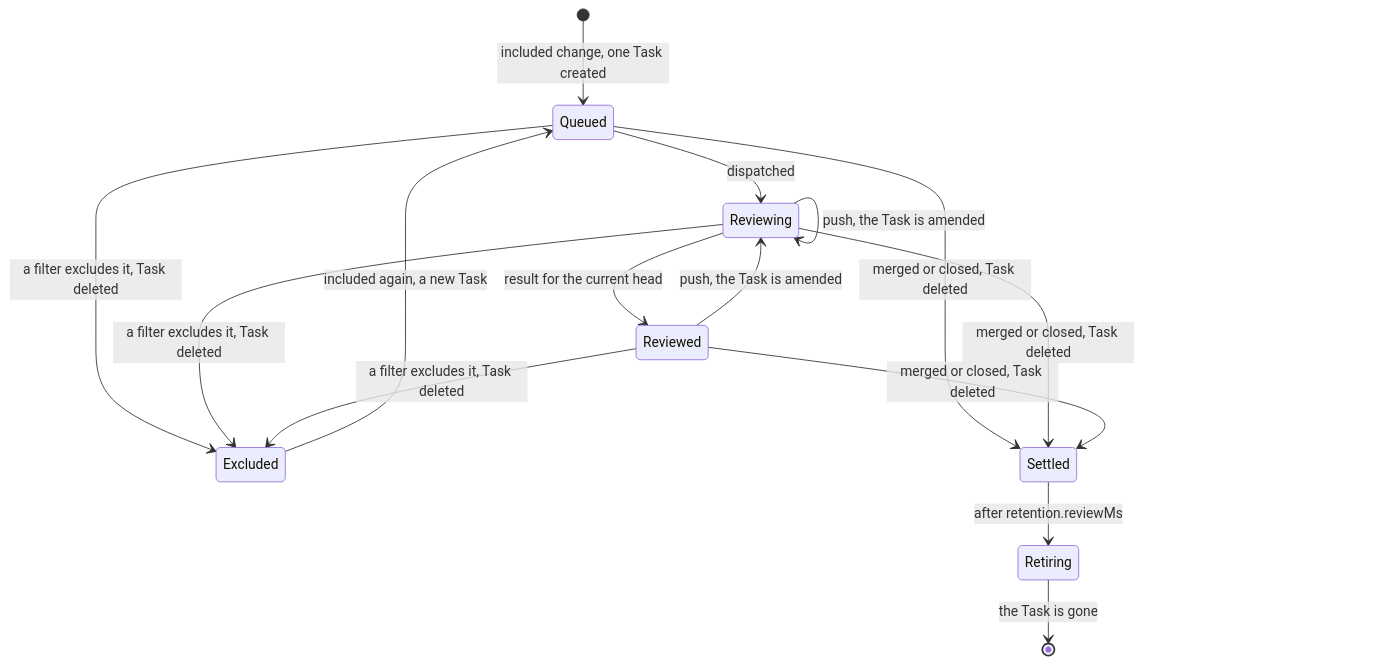
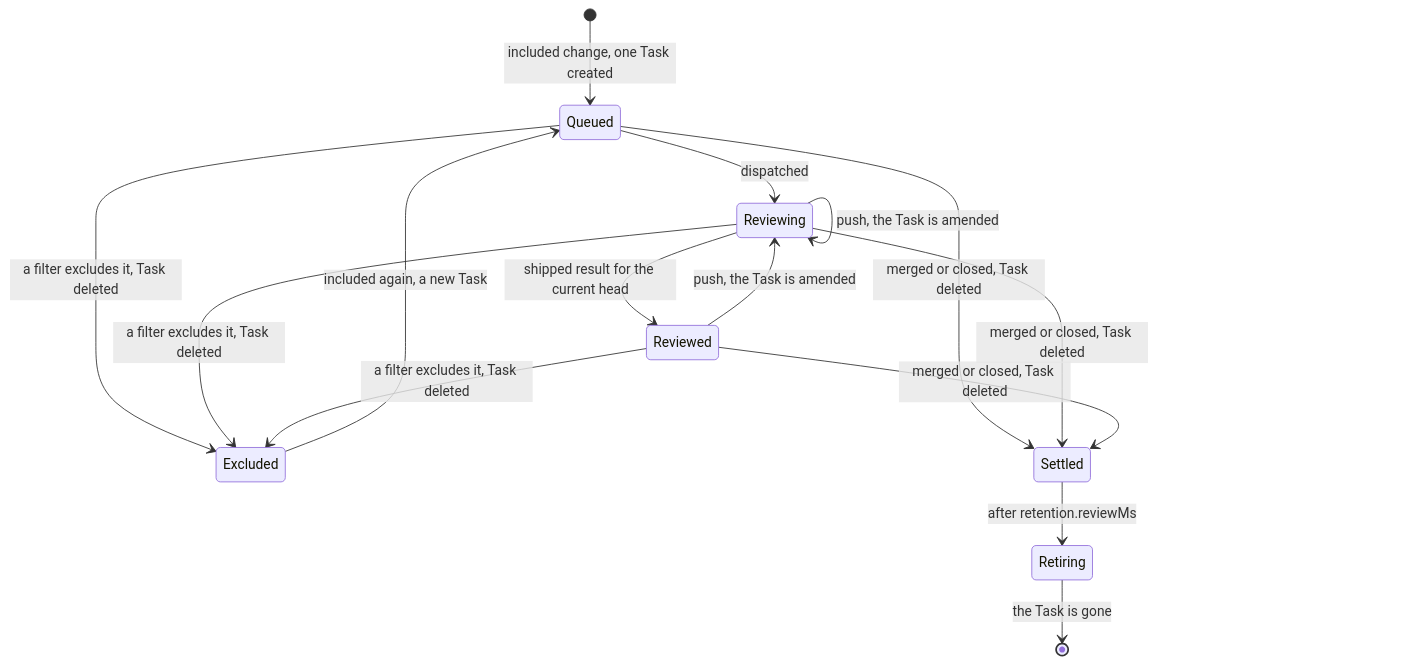
Before and after one commit to Thurbeen/fleet-reviewer: the diagram in docs/state-machine.md, drawn with Mermaid. The commit also changed other lines of this file and 3 other files, not shown here.

First line of the commit message:
fix: raise NeedsAttention when the current head's result is not shipped (#7)

````diff
--- a/docs/state-machine.md
+++ b/docs/state-machine.md
@@ -7,17 +7,17 @@
 ```mermaid
 stateDiagram-v2
   [*] --> Queued: included change, one Task created
   Queued --> Reviewing: dispatched
-  Reviewing --> Reviewed: result for the current head
+  Reviewing --> Reviewed: shipped result for the current head
   Reviewed --> Reviewing: push, the Task is amended
   Reviewing --> Reviewing: push, the Task is amended
   Queued --> Excluded: a filter excludes it, Task deleted
   Reviewing --> Excluded: a filter excludes it, Task deleted
   Reviewed --> Excluded: a filter excludes it, Task deleted
   Excluded --> Queued: included again, a new Task
   Queued --> Settled: merged or closed, Task deleted
   Reviewing --> Settled: merged or closed, Task deleted
   Reviewed --> Settled: merged or closed, Task deleted
   Settled --> Retiring: after retention.reviewMs
   Retiring --> [*]: the Task is gone
 ```
````
